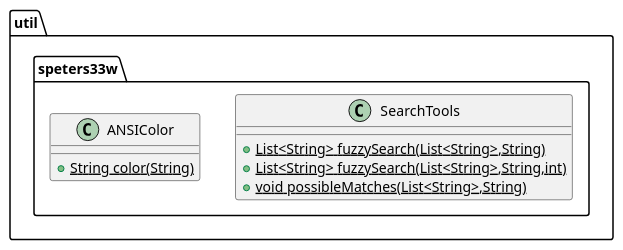
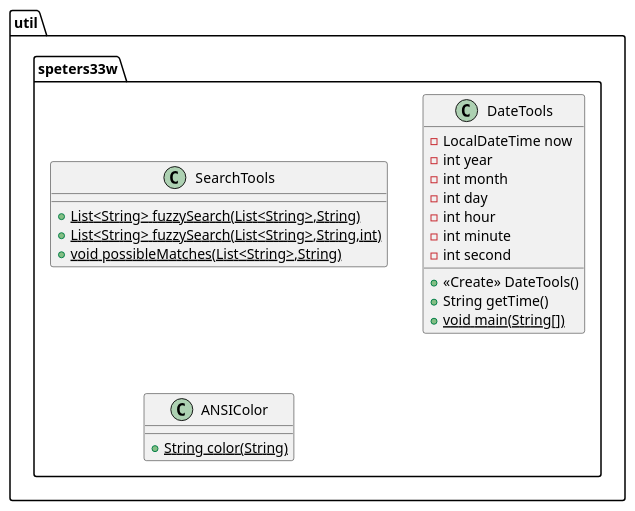
Before and after one commit to speters33w/CSUGlobal_CSC320_PortfolioProject_VehicleInventory: the diagram in utilities.puml, drawn with PlantUML. The commit also changed 9 other files, not shown here.

```diff
--- a/utilities.puml
+++ b/utilities.puml
@@ -1,10 +1,22 @@
 @startuml
 class util.speters33w.SearchTools {
 + {static} List<String> fuzzySearch(List<String>,String)
 + {static} List<String> fuzzySearch(List<String>,String,int)
 + {static} void possibleMatches(List<String>,String)
 }
+class util.speters33w.DateTools {
+- LocalDateTime now
+- int year
+- int month
+- int day
+- int hour
+- int minute
+- int second
++ <<Create>> DateTools()
++ String getTime()
++ {static} void main(String[])
+}
 class util.speters33w.ANSIColor {
 + {static} String color(String)
 }
 @enduml
```
